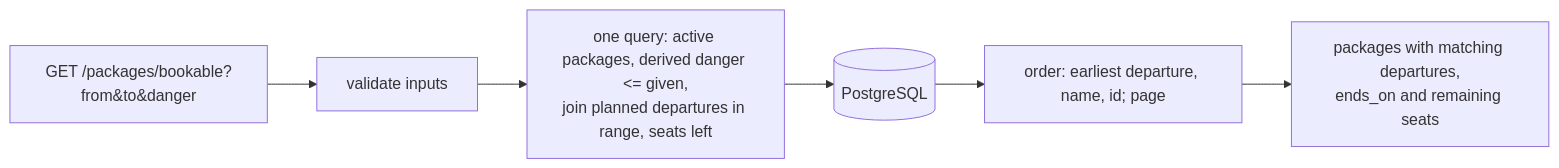
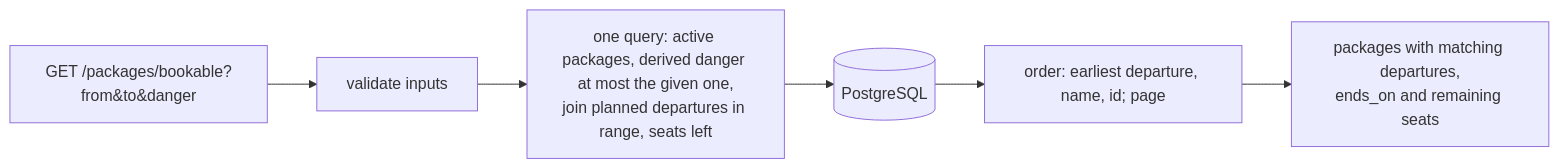
Before and after one commit to AlitalipSever/travel-agency: the fifth of 6 diagrams in docs/02-architecture.md, drawn with Mermaid. The commit also changed other lines of this file and 2 other files, not shown here.

First line of the commit message:
Diagrams drawn as plain Mermaid flowcharts for renderer compatibility

````diff
--- a/docs/02-architecture.md
+++ b/docs/02-architecture.md
@@ -295,8 +303,8 @@
 ```mermaid
 flowchart LR
-  req["GET /packages/bookable?from&to&danger"] --> val[validate inputs]
-  val --> q["one query: active packages, derived danger <= given,\njoin planned departures in range, seats left"]
-  q --> pg[(PostgreSQL)]
-  pg --> order[order: earliest departure, name, id; page]
-  order --> resp["packages with matching departures,\nends_on and remaining seats"]
+  req["GET /packages/bookable?from&to&danger"] --> val["validate inputs"]
+  val --> q["one query: active packages, derived danger at most the given one,<br/>join planned departures in range, seats left"]
+  q --> pg[("PostgreSQL")]
+  pg --> order["order: earliest departure, name, id; page"]
+  order --> resp["packages with matching departures,<br/>ends_on and remaining seats"]
 ```
````
